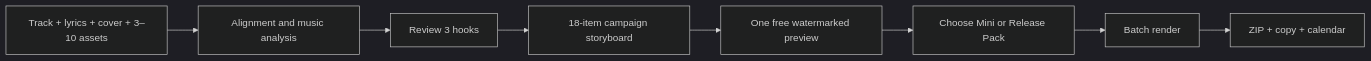
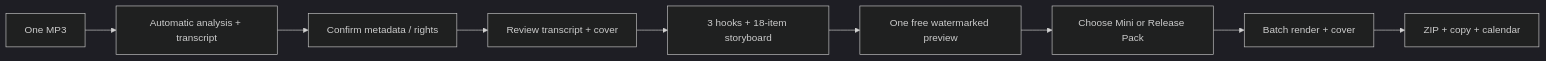
Before and after one commit to Tassadar2499/Hook2Stream: the first of 2 diagrams in doc/base/Hook2Stream_Product_Plan.md, drawn with Mermaid (dark theme). The commit also changed other lines of this file and 131 other files, not shown here.

````diff
--- a/doc/base/Hook2Stream_Product_Plan.md
+++ b/doc/base/Hook2Stream_Product_Plan.md
@@ -273,10 +284,11 @@
 ```mermaid
 flowchart LR
-    A["Track + lyrics + cover + 3–10 assets"] --> B["Alignment and music analysis"]
-    B --> C["Review 3 hooks"]
-    C --> D["18-item campaign storyboard"]
-    D --> E["One free watermarked preview"]
-    E --> F["Choose Mini or Release Pack"]
-    F --> G["Batch render"]
-    G --> H["ZIP + copy + calendar"]
+    A["One MP3"] --> B["Automatic analysis + transcript"]
+    B --> C["Confirm metadata / rights"]
+    C --> D["Review transcript + cover"]
+    D --> E["3 hooks + 18-item storyboard"]
+    E --> F["One free watermarked preview"]
+    F --> G["Choose Mini or Release Pack"]
+    G --> H["Batch render + cover"]
+    H --> I["ZIP + copy + calendar"]
 ```
````
